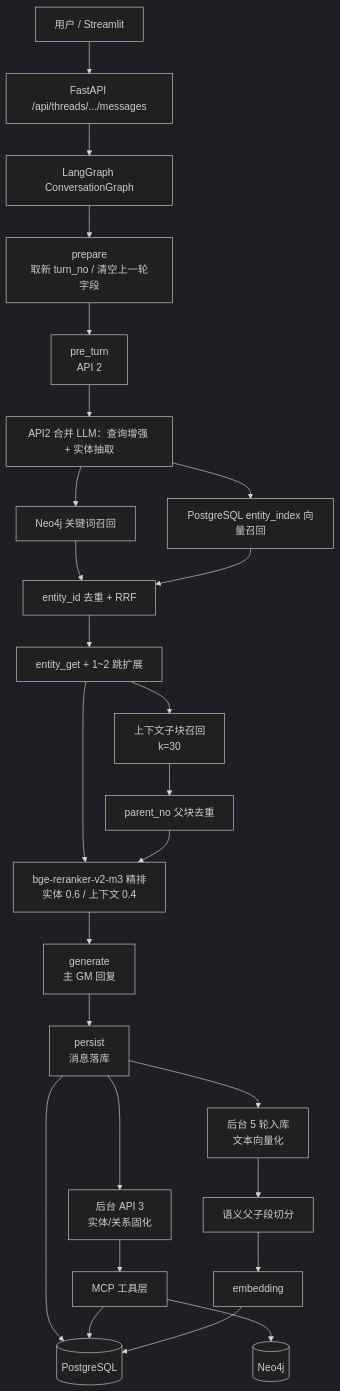
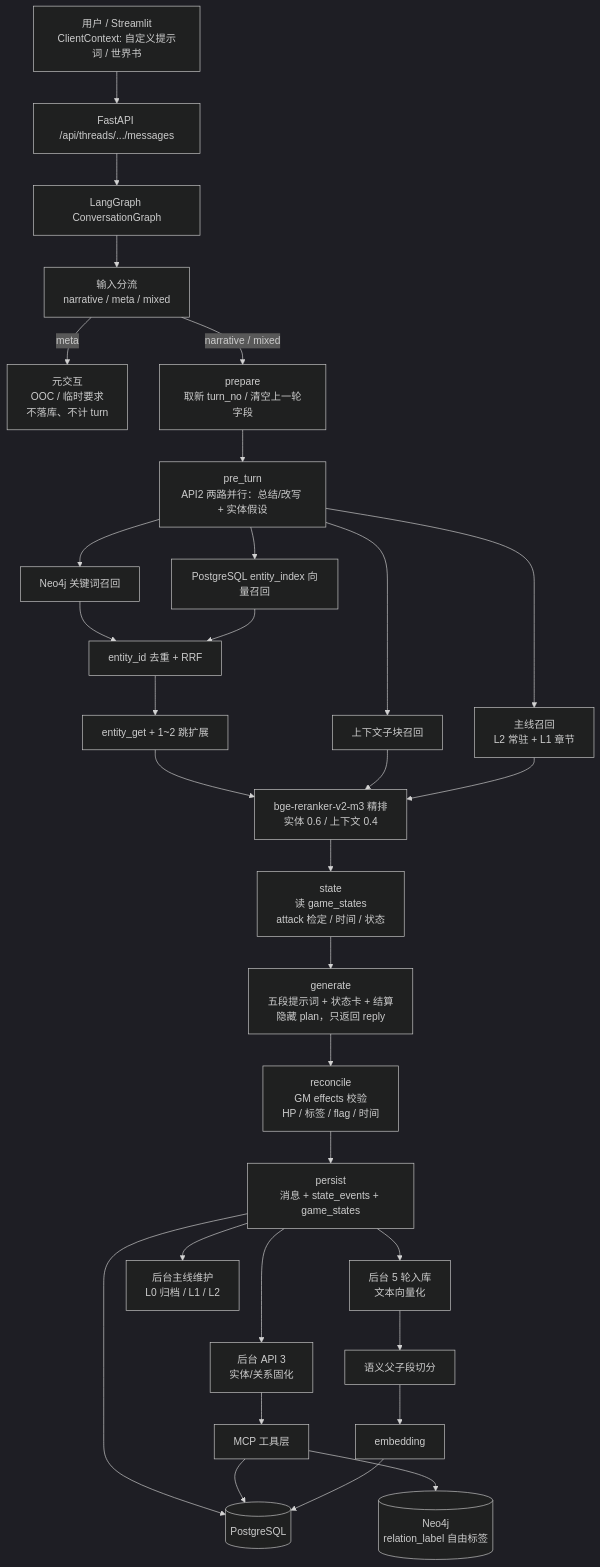
Before and after one commit to hjiaju336-sys/mem_ol: the first of 5 diagrams in docs/business_flow.md, drawn with Mermaid (dark theme). The commit also changed other lines of this file and 6 other files, not shown here.

````diff
--- a/docs/business_flow.md
+++ b/docs/business_flow.md
@@ -8,30 +20,34 @@
 ```mermaid
 flowchart TD
-    U[用户 / Streamlit] --> API[FastAPI /api/threads/.../messages]
+    U[用户 / Streamlit<br/>ClientContext: 自定义提示词 / 世界书] --> API[FastAPI /api/threads/.../messages]
     API --> G[LangGraph ConversationGraph]
-
-    G --> P[prepare<br/>取新 turn_no / 清空上一轮字段]
-    P --> A2[pre_turn<br/>API 2]
-    A2 --> QE[API2 合并 LLM：查询增强 + 实体抽取]
-    QE --> KR[Neo4j 关键词召回]
-    QE --> VR[PostgreSQL entity_index 向量召回]
+    G --> CL[输入分流<br/>narrative / meta / mixed]
+    CL -- meta --> M[元交互<br/>OOC / 临时要求<br/>不落库、不计 turn]
+    CL -- narrative / mixed --> P[prepare<br/>取新 turn_no / 清空上一轮字段]
+    P --> A2[pre_turn<br/>API2 两路并行：总结/改写 + 实体假设]
+    A2 --> KR[Neo4j 关键词召回]
+    A2 --> VR[PostgreSQL entity_index 向量召回]
+    A2 --> CR[上下文子块召回]
+    A2 --> PL[主线召回<br/>L2 常驻 + L1 章节]
     KR --> F[entity_id 去重 + RRF]
     VR --> F
     F --> GE[entity_get + 1~2 跳扩展]
-    GE --> CR[上下文子块召回<br/>k=30]
-    CR --> CD[parent_no 父块去重]
     GE --> RR[bge-reranker-v2-m3 精排<br/>实体 0.6 / 上下文 0.4]
-    CD --> RR
-    RR --> GM[generate<br/>主 GM 回复]
-    GM --> PS[persist<br/>消息落库]
+    CR --> RR
+    PL --> RR
+    RR --> ST[state<br/>读 game_states<br/>attack 检定 / 时间 / 状态]
+    ST --> GM[generate<br/>五段提示词 + 状态卡 + 结算<br/>隐藏 plan，只返回 reply]
+    GM --> RC[reconcile<br/>GM effects 校验<br/>HP / 标签 / flag / 时间]
+    RC --> PS[persist<br/>消息 + state_events + game_states]
     PS --> PG[(PostgreSQL)]
     PS --> BG1[后台 API 3<br/>实体/关系固化]
     PS --> BG2[后台 5 轮入库<br/>文本向量化]
+    PS --> BG3[后台主线维护<br/>L0 归档 / L1 / L2]
 
     BG1 --> MCP[MCP 工具层]
-    MCP --> N4[(Neo4j)]
+    MCP --> N4[(Neo4j<br/>relation_label 自由标签)]
     MCP --> PG
     BG2 --> CH[语义父子段切分]
     CH --> EMB[embedding]
     EMB --> PG
 ```
````
